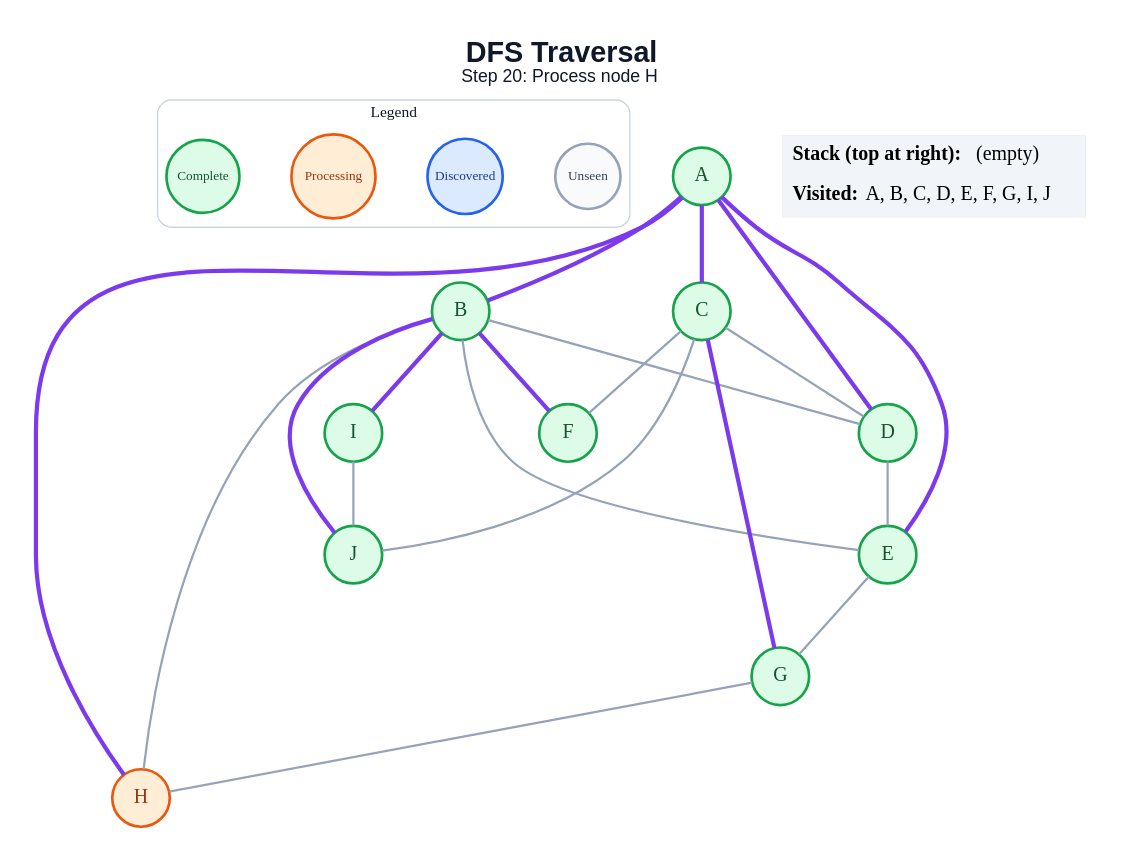
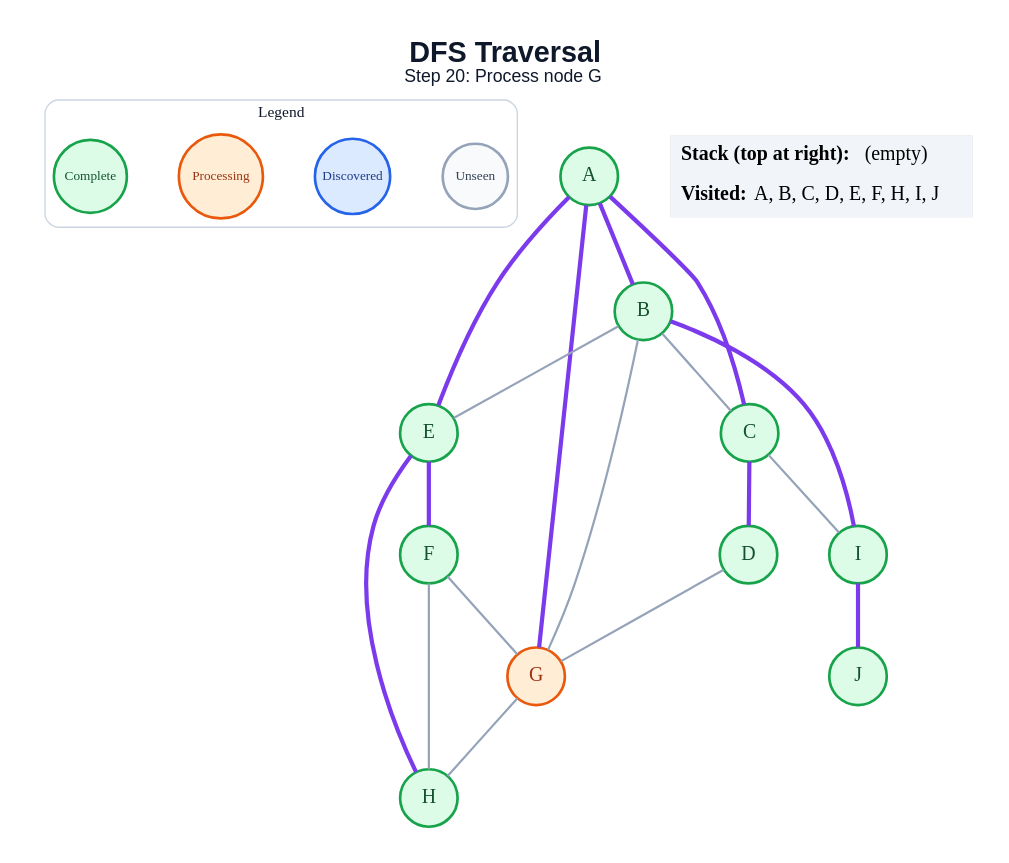
One commit to anon7238593-create/ai-slop changed the diagram in generated/dfs/step_20.dot. Above: the diagram before and after it, drawn with Graphviz. The commit also changed 178 other files, not shown here.

```diff
--- a/generated/dfs/step_20.dot
+++ b/generated/dfs/step_20.dot
@@ -1,48 +1,46 @@
 graph traversal {
   graph [layout=dot, rankdir=TB, bgcolor="#FFFFFF", pad="0.35", nodesep="0.65", ranksep="0.8", fontname="Arial"];
   node [shape=circle, style="filled", fontname="Arial Bold", fontsize=18, width=0.72, fixedsize=true, penwidth=2.4];
   edge [color="#94A3B8", penwidth=2.0];
-  label=<<B>DFS Traversal</B><BR/><FONT POINT-SIZE="16">Step 20: Process node H</FONT>>; labelloc="t"; fontsize=26; fontname="Arial"; fontcolor="#0F172A";
+  label=<<B>DFS Traversal</B><BR/><FONT POINT-SIZE="16">Step 20: Process node G</FONT>>; labelloc="t"; fontsize=26; fontname="Arial"; fontcolor="#0F172A";
   subgraph cluster_legend { label="Legend"; color="#CBD5E1"; penwidth=1.2; style="rounded"; fontsize=14; fontname="Arial Bold";
     key_unseen [label="Unseen", fillcolor="#F8FAFC", color="#94A3B8", fontcolor="#334155", fontsize=12, width=0.82];
     key_frontier [label="Discovered", fillcolor="#DBEAFE", color="#2563EB", fontcolor="#1E3A8A", fontsize=12, width=0.95];
     key_current [label="Processing", fillcolor="#FFEDD5", color="#EA580C", fontcolor="#9A3412", fontsize=12, width=1.05];
     key_done [label="Complete", fillcolor="#DCFCE7", color="#16A34A", fontcolor="#14532D", fontsize=12, width=0.92];
     { rank=same; key_unseen; key_frontier; key_current; key_done; }
   }
   A [fillcolor="#DCFCE7", color="#16A34A", fontcolor="#14532D"];
   B [fillcolor="#DCFCE7", color="#16A34A", fontcolor="#14532D"];
   C [fillcolor="#DCFCE7", color="#16A34A", fontcolor="#14532D"];
   D [fillcolor="#DCFCE7", color="#16A34A", fontcolor="#14532D"];
   E [fillcolor="#DCFCE7", color="#16A34A", fontcolor="#14532D"];
   F [fillcolor="#DCFCE7", color="#16A34A", fontcolor="#14532D"];
-  G [fillcolor="#DCFCE7", color="#16A34A", fontcolor="#14532D"];
-  H [fillcolor="#FFEDD5", color="#EA580C", fontcolor="#9A3412"];
+  G [fillcolor="#FFEDD5", color="#EA580C", fontcolor="#9A3412"];
+  H [fillcolor="#DCFCE7", color="#16A34A", fontcolor="#14532D"];
   I [fillcolor="#DCFCE7", color="#16A34A", fontcolor="#14532D"];
   J [fillcolor="#DCFCE7", color="#16A34A", fontcolor="#14532D"];
   A -- B [color="#7C3AED", penwidth=3.8];
   A -- C [color="#7C3AED", penwidth=3.8];
-  A -- D [color="#7C3AED", penwidth=3.8];
   A -- E [color="#7C3AED", penwidth=3.8];
-  A -- H [color="#7C3AED", penwidth=3.8];
-  B -- D;
+  A -- G [color="#7C3AED", penwidth=3.8];
+  B -- C;
   B -- E;
-  B -- F [color="#7C3AED", penwidth=3.8];
-  B -- H;
+  B -- G;
   B -- I [color="#7C3AED", penwidth=3.8];
-  B -- J [color="#7C3AED", penwidth=3.8];
-  C -- D;
-  C -- F;
-  C -- G [color="#7C3AED", penwidth=3.8];
-  C -- J;
-  D -- E;
-  E -- G;
+  C -- D [color="#7C3AED", penwidth=3.8];
+  C -- I;
+  D -- G;
+  E -- F [color="#7C3AED", penwidth=3.8];
+  E -- H [color="#7C3AED", penwidth=3.8];
+  F -- G;
+  F -- H;
   G -- H;
-  I -- J;
+  I -- J [color="#7C3AED", penwidth=3.8];
   status [shape=plain, fixedsize=false, width=0, height=0, margin=0, label=<
     <TABLE BORDER="0" CELLBORDER="0" CELLPADDING="7" BGCOLOR="#F1F5F9">
       <TR><TD ALIGN="LEFT"><B>Stack (top at right):</B> (empty)</TD></TR>
-      <TR><TD ALIGN="LEFT"><B>Visited:</B> A, B, C, D, E, F, G, I, J</TD></TR>
+      <TR><TD ALIGN="LEFT"><B>Visited:</B> A, B, C, D, E, F, H, I, J</TD></TR>
     </TABLE>
   >];
 }
```
